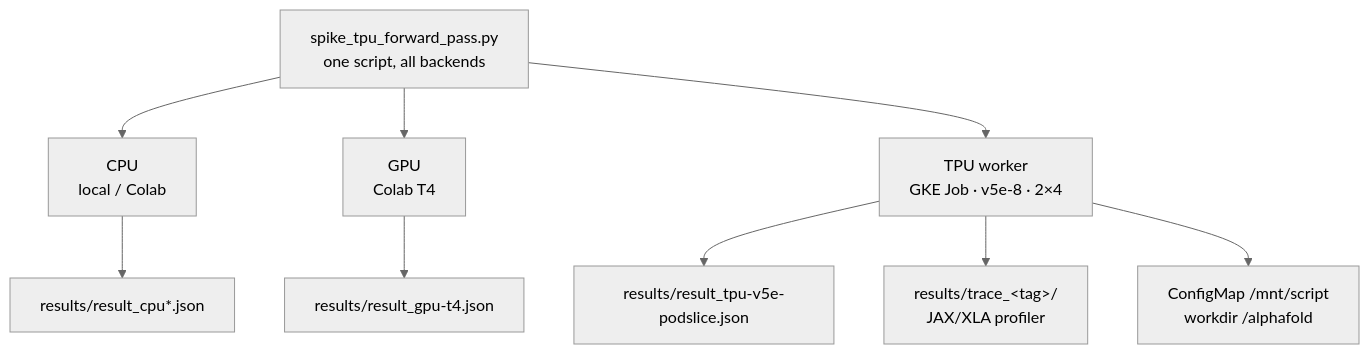
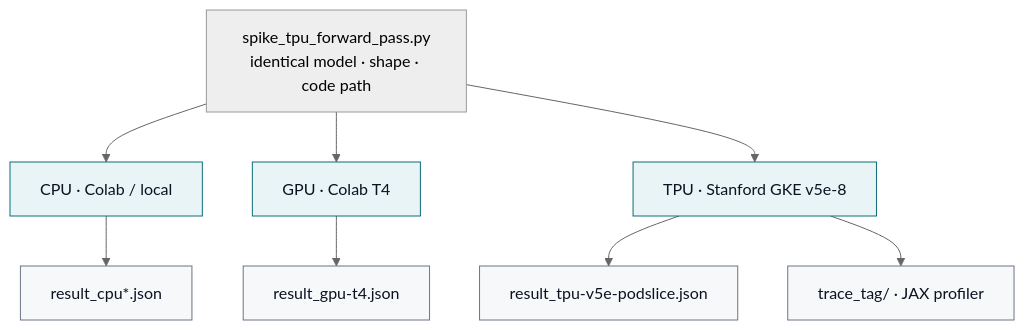
The second of 2 diagrams in README.md (lorenzopazienza/alphafold-tpu-benchmark), drawn with Mermaid (neutral theme) before and after one commit. The commit also changed other lines of this file and 10 other files, not shown here.

First line of the commit message:
docs: improve topology mermaids; refresh ubiquitin PNG

````diff
--- a/README.md
+++ b/README.md
@@ -59,11 +73,18 @@
 ```mermaid
-flowchart TD
-    A["spike_tpu_forward_pass.py<br/>one script, all backends"] --> B["CPU<br/>local / Colab"]
-    A --> C["GPU<br/>Colab T4"]
-    A --> D["TPU worker<br/>GKE Job · v5e-8 · 2×4"]
-    B --> E["results/result_cpu*.json"]
-    C --> F["results/result_gpu-t4.json"]
-    D --> G["results/result_tpu-v5e-podslice.json"]
-    D --> H["results/trace_&lt;tag&gt;/<br/>JAX/XLA profiler"]
-    D --> I["ConfigMap /mnt/script<br/>workdir /alphafold"]
+flowchart TB
+  A["spike_tpu_forward_pass.py<br/>identical model · shape · code path"]
+
+  A --> B["CPU · Colab / local"]
+  A --> C["GPU · Colab T4"]
+  A --> D["TPU · Stanford GKE v5e-8"]
+
+  B --> E["result_cpu*.json"]
+  C --> F["result_gpu-t4.json"]
+  D --> G["result_tpu-v5e-podslice.json"]
+  D --> H["trace_tag/ · JAX profiler"]
+
+  classDef backend fill:#e8f4f5,stroke:#0b6e7a,color:#0c1222
+  classDef out fill:#f7f8f9,stroke:#6a7585,color:#0c1222
+  class B,C,D backend
+  class E,F,G,H out
 ```
````
